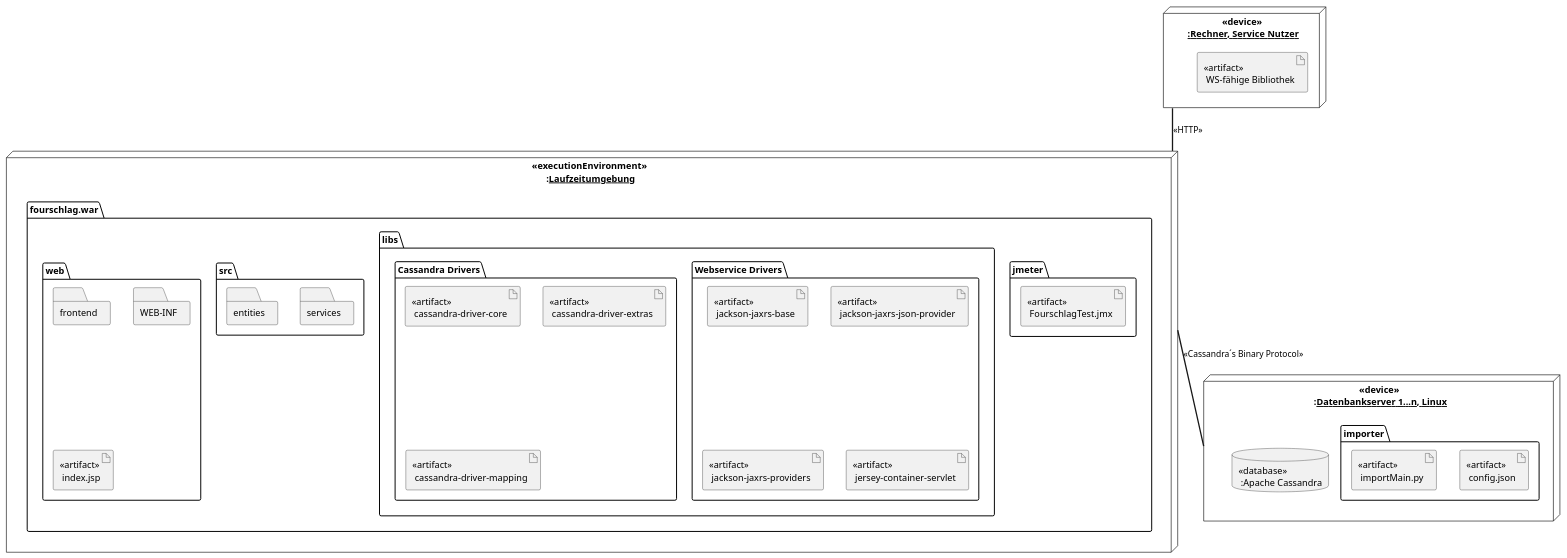
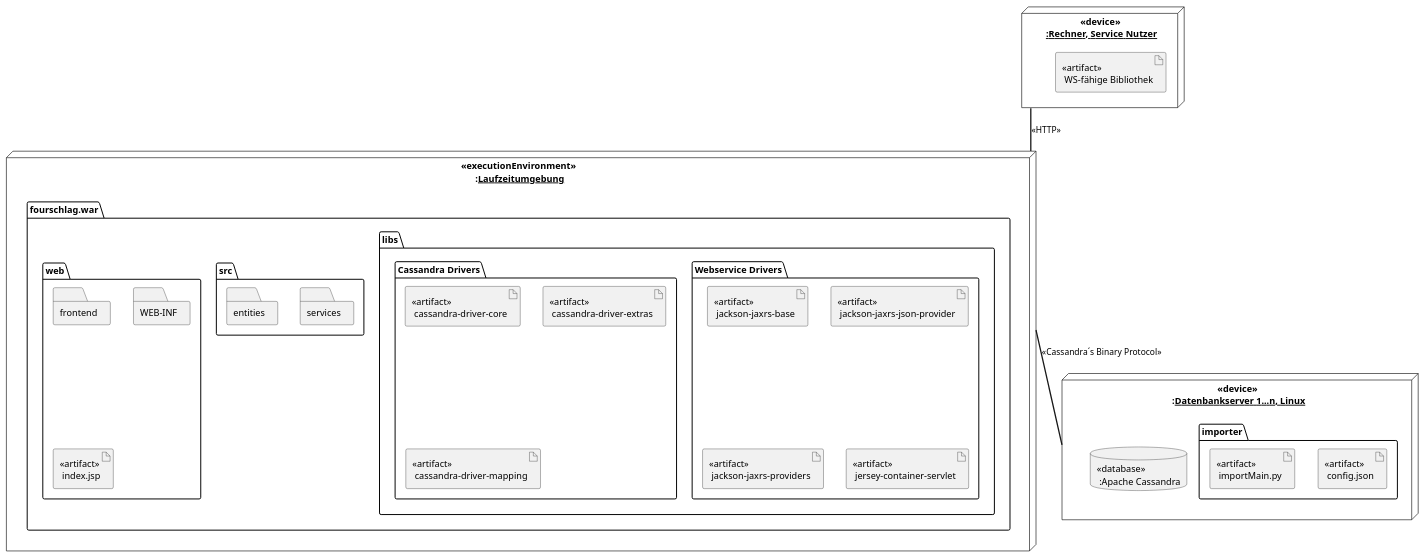
One commit to wagnst/forecast-cassandra changed the diagram in diagrams/deployment/Deploymentdiagramm_Ebene-1-1.puml. Above: the diagram before and after it, drawn with PlantUML.

Commit message:
Deploymentdiagramm_Ebene-1-1.uml den JMeter auskommentiert

```diff
--- a/diagrams/deployment/Deploymentdiagramm_Ebene-1-1.puml
+++ b/diagrams/deployment/Deploymentdiagramm_Ebene-1-1.puml
@@ -1,60 +1,60 @@
 @startuml
 
 node "<<executionEnvironment>>\n :__Laufzeitumgebung__" as LZ{
 
     folder "fourschlag.war"{
 
-        folder "jmeter"{
-           artifact "<<artifact>>\n FourschlagTest.jmx"
-        }
+        'folder "jmeter"{
+        '   artifact "<<artifact>>\n FourschlagTest.jmx"
+        '}
 
         folder "libs"{
 
             folder "Webservice Drivers"{
                 artifact "<<artifact>>\n jackson-jaxrs-base"
                 artifact "<<artifact>>\n jackson-jaxrs-json-provider"
                 artifact "<<artifact>>\n jackson-jaxrs-providers"
                 artifact "<<artifact>>\n jersey-container-servlet"
             }
 
             folder "Cassandra Drivers"{
                 artifact "<<artifact>>\n cassandra-driver-core"
                 artifact "<<artifact>>\n cassandra-driver-extras"
                 artifact "<<artifact>>\n cassandra-driver-mapping"
             }
 
         }
 
         folder "src"{
             folder "services"
             folder "entities"
         }
 
         folder "web"{
             folder "frontend"
             folder "WEB-INF"
             artifact "<<artifact>>\n index.jsp"
         }
     }
 }
 
 node "<<device>>\n __:Rechner, Service Nutzer__" as N2{
 
         artifact "<<artifact>>\n WS-fähige Bibliothek"
  }
 
 node "<<device>>\n :__Datenbankserver 1...n, Linux__" as N1{
 
     folder "importer"{
         artifact "<<artifact>>\n config.json"
         artifact "<<artifact>>\n importMain.py"
     }
 
     database "<<database>>\n :Apache Cassandra" as Cassandra
 
 }
 
 LZ == N1: <<Cassandra´s Binary Protocol>>
 LZ =up= N2: <<HTTP>>
 
 @enduml
```
